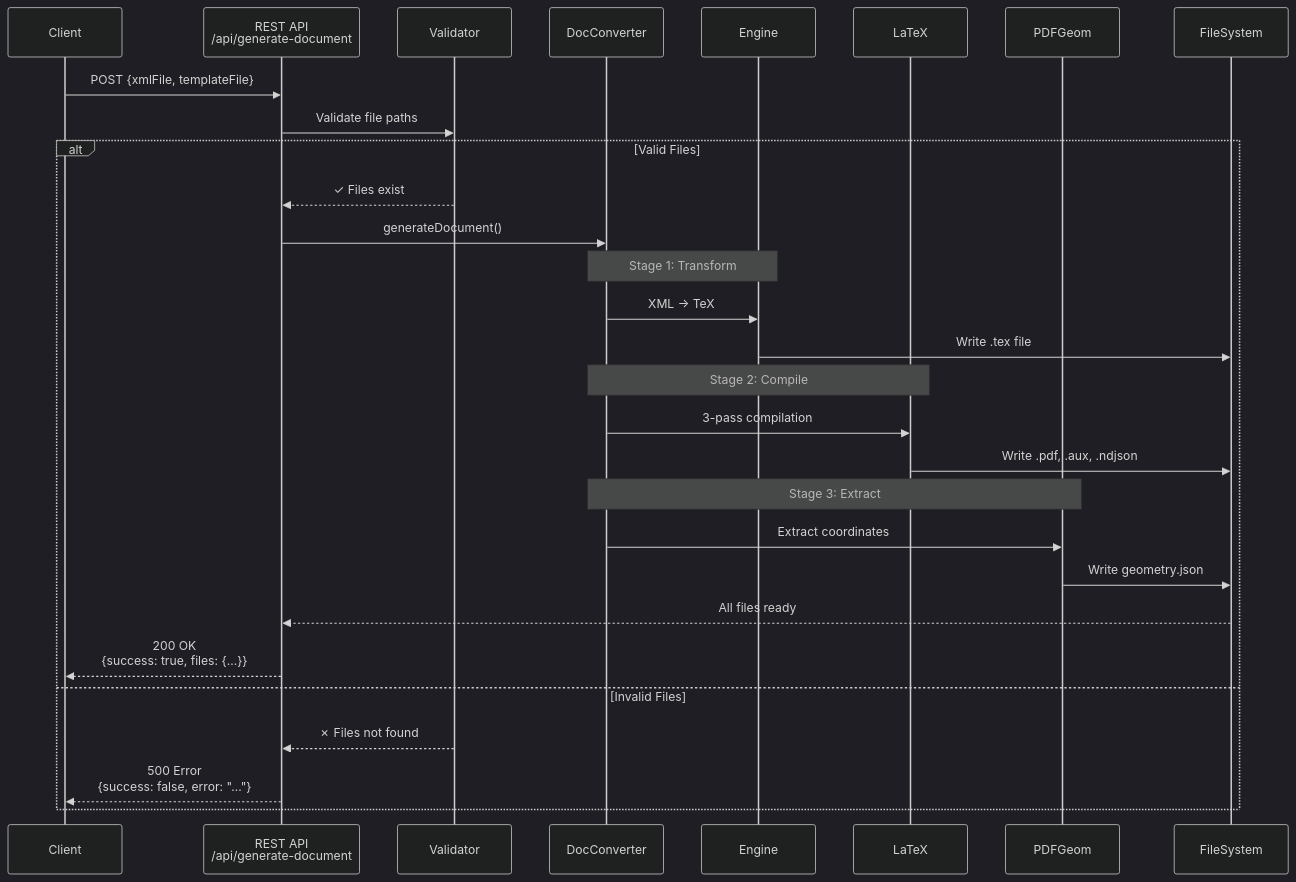
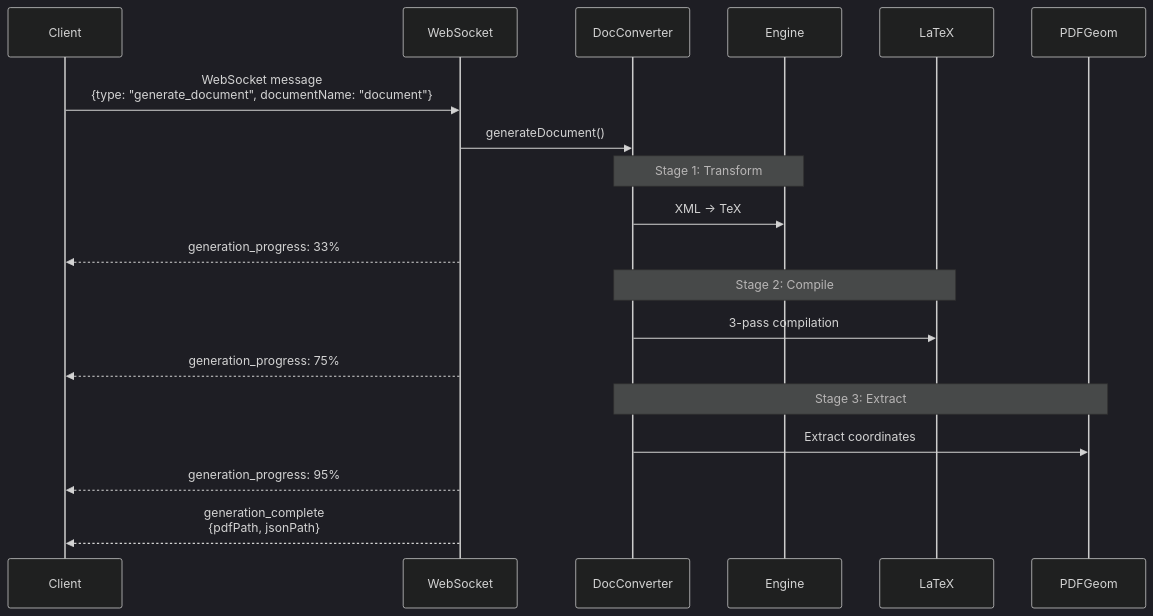
Before and after one commit to AmChella/prototype-pdf-object-overlay: the second of 3 diagrams in dev-docs/api/REST-API.md, drawn with Mermaid (dark theme). The commit also changed other lines of this file and 9 other files, not shown here.

````diff
--- a/dev-docs/api/REST-API.md
+++ b/dev-docs/api/REST-API.md
@@ -73,41 +56,27 @@
 ```mermaid
 sequenceDiagram
     participant Client
-    participant API as REST API<br/>/api/generate-document
-    participant Validator
+    participant WS as WebSocket
     participant DocConverter
     participant Engine
     participant LaTeX
     participant PDFGeom
-    participant FileSystem
 
-    Client->>API: POST {xmlFile, templateFile}
+    Client->>WS: WebSocket message<br/>{type: "generate_document", documentName: "document"}
 
-    API->>Validator: Validate file paths
+    WS->>DocConverter: generateDocument()
 
-    alt Valid Files
-        Validator-->>API: ✓ Files exist
+    Note over DocConverter,Engine: Stage 1: Transform
+    DocConverter->>Engine: XML → TeX
+    WS-->>Client: generation_progress: 33%
 
-        API->>DocConverter: generateDocument()
+    Note over DocConverter,LaTeX: Stage 2: Compile
+    DocConverter->>LaTeX: 3-pass compilation
+    WS-->>Client: generation_progress: 75%
 
-        Note over DocConverter,Engine: Stage 1: Transform
-        DocConverter->>Engine: XML → TeX
-        Engine->>FileSystem: Write .tex file
+    Note over DocConverter,PDFGeom: Stage 3: Extract
+    DocConverter->>PDFGeom: Extract coordinates
+    WS-->>Client: generation_progress: 95%
 
-        Note over DocConverter,LaTeX: Stage 2: Compile
-        DocConverter->>LaTeX: 3-pass compilation
-        LaTeX->>FileSystem: Write .pdf, .aux, .ndjson
-
-        Note over DocConverter,PDFGeom: Stage 3: Extract
-        DocConverter->>PDFGeom: Extract coordinates
-        PDFGeom->>FileSystem: Write geometry.json
-
-        FileSystem-->>API: All files ready
-
-        API-->>Client: 200 OK<br/>{success: true, files: {...}}
-
-    else Invalid Files
-        Validator-->>API: ✗ Files not found
-        API-->>Client: 500 Error<br/>{success: false, error: "..."}
-    end
+    WS-->>Client: generation_complete<br/>{pdfPath, jsonPath}
 ```
````
